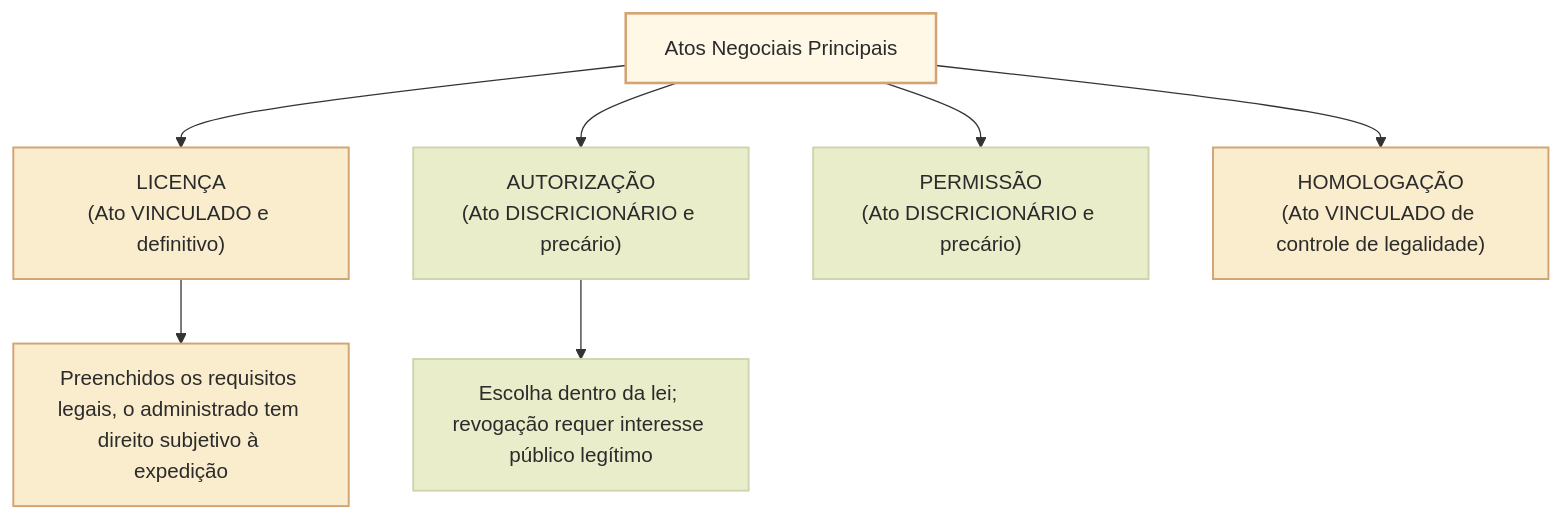
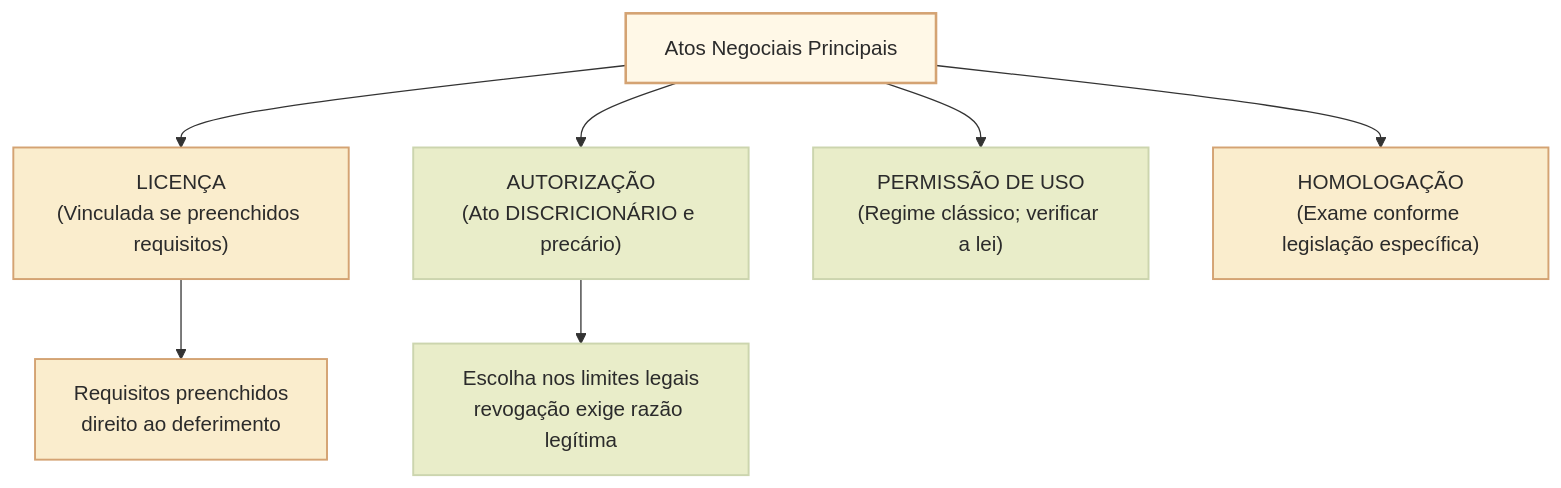
One commit to leorruas/concursos changed the third of 3 diagrams in 3 - Materias/Direito Administrativo/16 - classificacoes e especies de atos administrativos.md. Above: the diagram before and after it, drawn with Mermaid. The commit also changed other lines of this file, not shown here.

Commit message:
docs(DAD16): esclarecer classificações e corrigir diagramas de atos negociais

````diff
--- a/3 - Materias/Direito Administrativo/16 - classificacoes e especies de atos administrativos.md
+++ b/3 - Materias/Direito Administrativo/16 - classificacoes e especies de atos administrativos.md
@@ -119,16 +118,16 @@
 ```mermaid
 flowchart TD
     classDef raiz fill:#fff8e7,stroke:#d4a373,stroke-width:2px,color:#2b2b2b;
     classDef vinculado fill:#faedcd,stroke:#d4a373,stroke-width:1.5px,color:#2b2b2b;
     classDef discricionario fill:#e9edc9,stroke:#ccd5ae,stroke-width:1.5px,color:#2b2b2b;
 
     A["Atos Negociais Principais"]:::raiz
 
-    A --> B["LICENÇA<br/>(Ato VINCULADO e definitivo)"]:::vinculado
+    A --> B["LICENÇA<br/>(Vinculada se preenchidos requisitos)"]:::vinculado
     A --> C["AUTORIZAÇÃO<br/>(Ato DISCRICIONÁRIO e precário)"]:::discricionario
-    A --> D["PERMISSÃO<br/>(Ato DISCRICIONÁRIO e precário)"]:::discricionario
-    A --> E["HOMOLOGAÇÃO<br/>(Ato VINCULADO de controle de legalidade)"]:::vinculado
+    A --> D["PERMISSÃO DE USO<br/>(Regime clássico; verificar a lei)"]:::discricionario
+    A --> E["HOMOLOGAÇÃO<br/>(Exame conforme legislação específica)"]:::vinculado
 
-    B --> B1["Preenchidos os requisitos legais, o administrado tem direito subjetivo à expedição"]:::vinculado
-    C --> C1["Escolha dentro da lei; revogação requer interesse público legítimo"]:::discricionario
+    B --> B1["Requisitos preenchidos<br/>direito ao deferimento"]:::vinculado
+    C --> C1["Escolha nos limites legais<br/>revogação exige razão legítima"]:::discricionario
 ```
````
